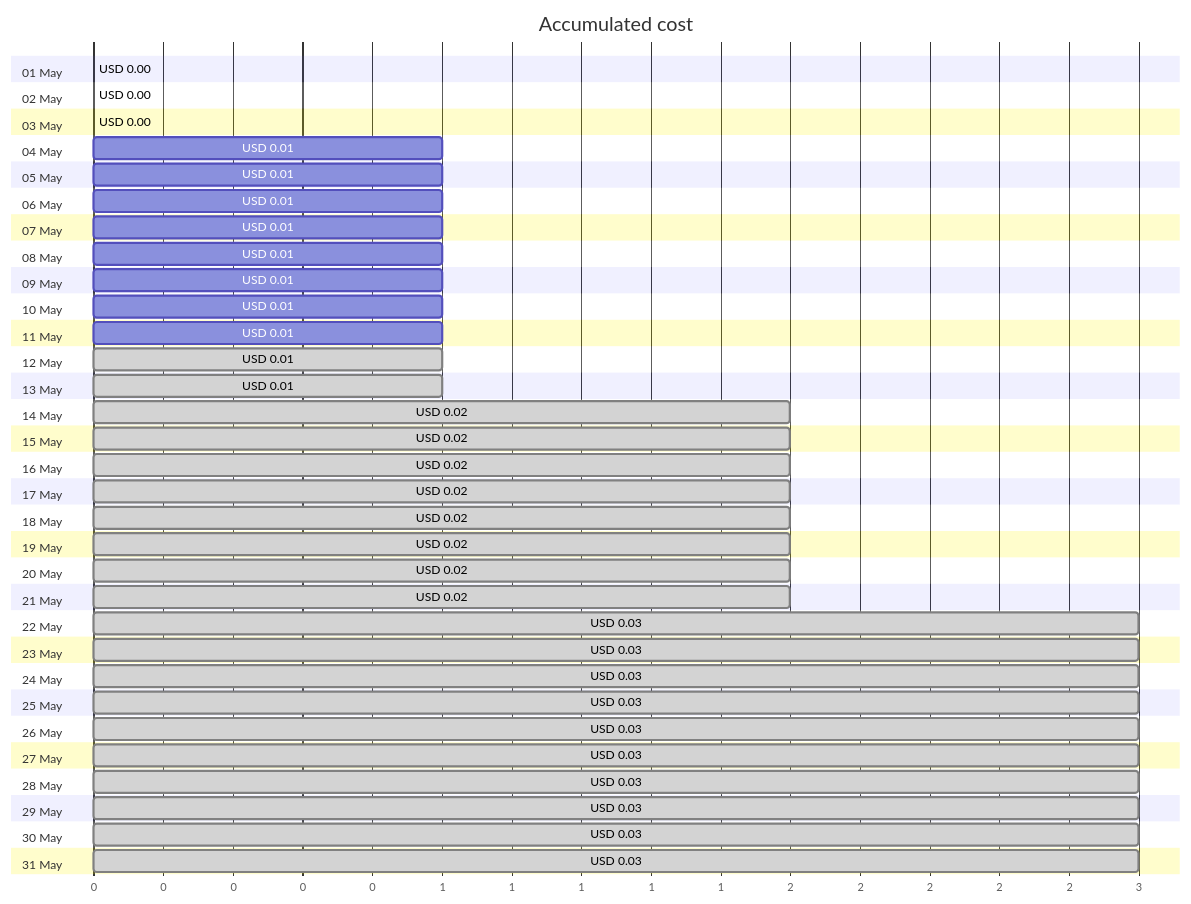
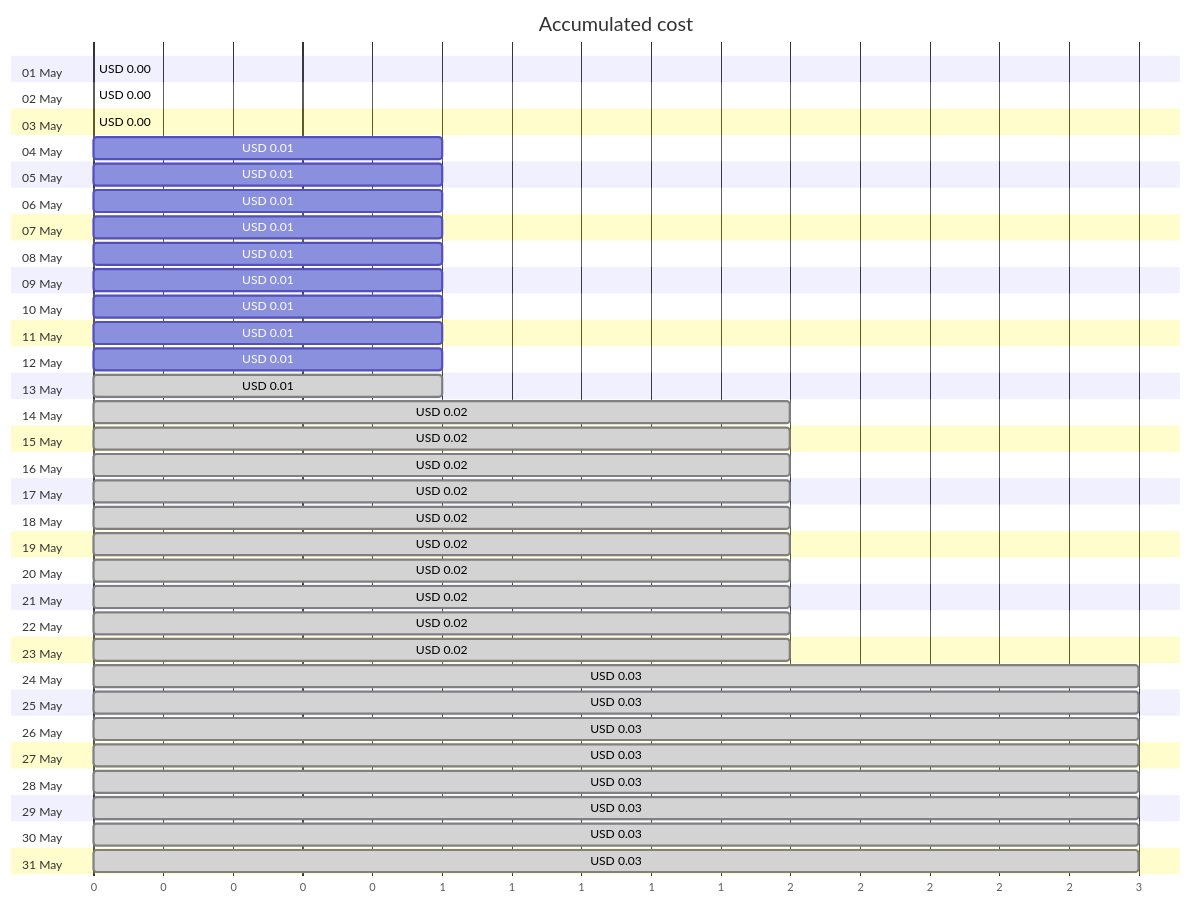
One commit to jpfulton/azure-personal-reports changed the first of 4 diagrams in cost-reports/personal-site/personalsiteapistorage.md. Above: the diagram before and after it, drawn with Mermaid. The commit also changed other lines of this file and 6 other files, not shown here.

````diff
--- a/cost-reports/personal-site/personalsiteapistorage.md
+++ b/cost-reports/personal-site/personalsiteapistorage.md
@@ -20,68 +20,68 @@
 ```mermaid
 gantt
    title Accumulated cost
    dateFormat  X
    axisFormat %s
    section 01 May
    USD 0.00 :0, 0
    section 02 May
    USD 0.00 :0, 0
    section 03 May
    USD 0.00 :0, 0
    section 04 May
    USD 0.01 :0, 1
    section 05 May
    USD 0.01 :0, 1
    section 06 May
    USD 0.01 :0, 1
    section 07 May
    USD 0.01 :0, 1
    section 08 May
    USD 0.01 :0, 1
    section 09 May
    USD 0.01 :0, 1
    section 10 May
    USD 0.01 :0, 1
    section 11 May
    USD 0.01 :0, 1
    section 12 May
-   USD 0.01 : done, 0, 1
+   USD 0.01 :0, 1
    section 13 May
    USD 0.01 : done, 0, 1
    section 14 May
    USD 0.02 : done, 0, 2
    section 15 May
    USD 0.02 : done, 0, 2
    section 16 May
    USD 0.02 : done, 0, 2
    section 17 May
    USD 0.02 : done, 0, 2
    section 18 May
    USD 0.02 : done, 0, 2
    section 19 May
    USD 0.02 : done, 0, 2
    section 20 May
    USD 0.02 : done, 0, 2
    section 21 May
    USD 0.02 : done, 0, 2
    section 22 May
-   USD 0.03 : done, 0, 3
+   USD 0.02 : done, 0, 2
    section 23 May
-   USD 0.03 : done, 0, 3
+   USD 0.02 : done, 0, 2
    section 24 May
    USD 0.03 : done, 0, 3
    section 25 May
    USD 0.03 : done, 0, 3
    section 26 May
    USD 0.03 : done, 0, 3
    section 27 May
    USD 0.03 : done, 0, 3
    section 28 May
    USD 0.03 : done, 0, 3
    section 29 May
    USD 0.03 : done, 0, 3
    section 30 May
    USD 0.03 : done, 0, 3
    section 31 May
    USD 0.03 : done, 0, 3
 ```
````
